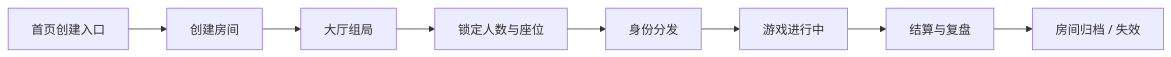
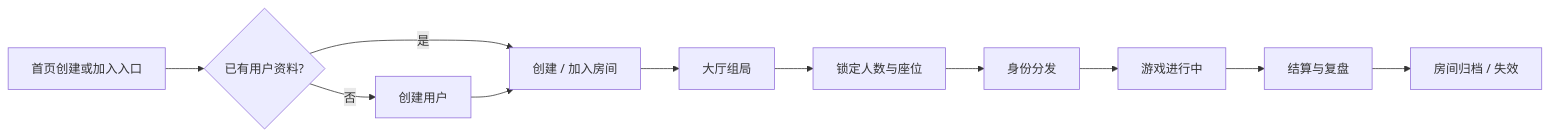
One commit to Superlumiliam/secret_hitler_wechat changed the diagram in docs/secret_hitler_prd.md. Above: the diagram before and after it, drawn with Mermaid. The commit also changed other lines of this file and 10 other files, not shown here.

````diff
--- a/docs/secret_hitler_prd.md
+++ b/docs/secret_hitler_prd.md
@@ -328,10 +349,13 @@
 ```mermaid
 flowchart LR
-  A["首页创建入口"] --> B["创建房间"]
+  A["首页创建或加入入口"] --> U{"已有用户资料?"}
+  U -->|否| P["创建用户"]
+  U -->|是| B["创建 / 加入房间"]
+  P --> B
   B --> C["大厅组局"]
   C --> D["锁定人数与座位"]
   D --> E["身份分发"]
   E --> F["游戏进行中"]
   F --> G["结算与复盘"]
   G --> H["房间归档 / 失效"]
 ```
````
